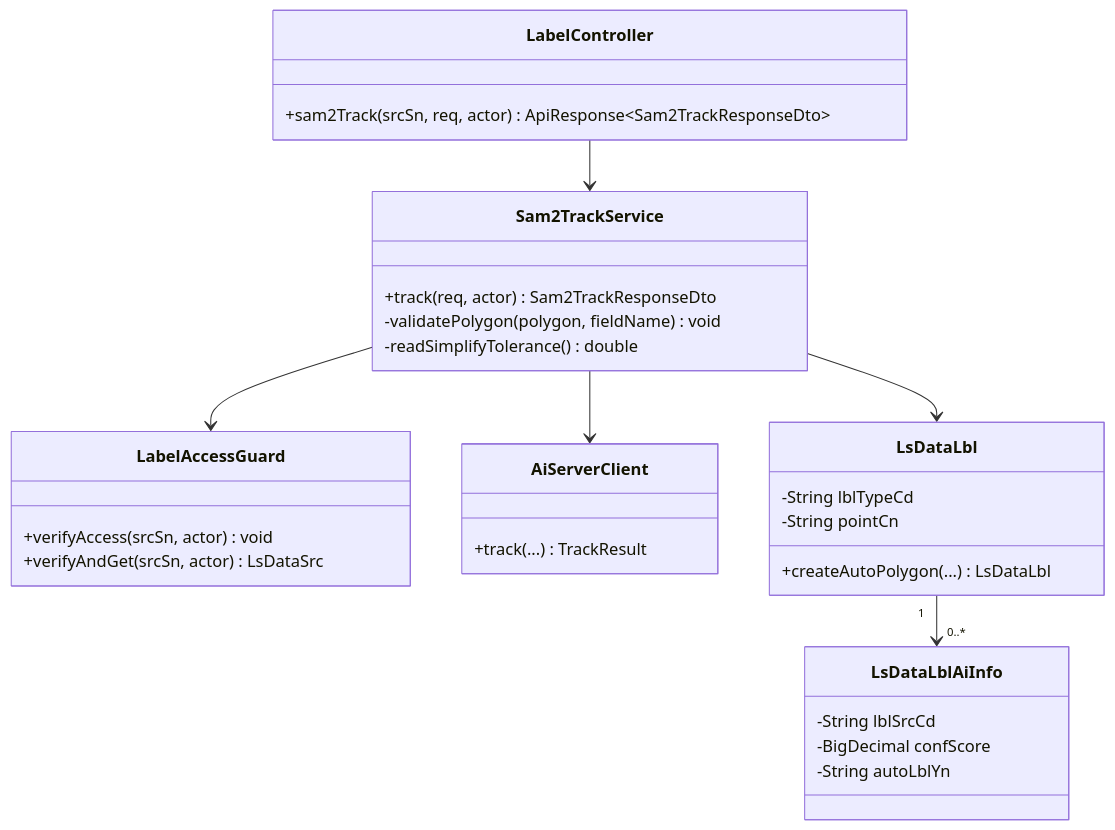
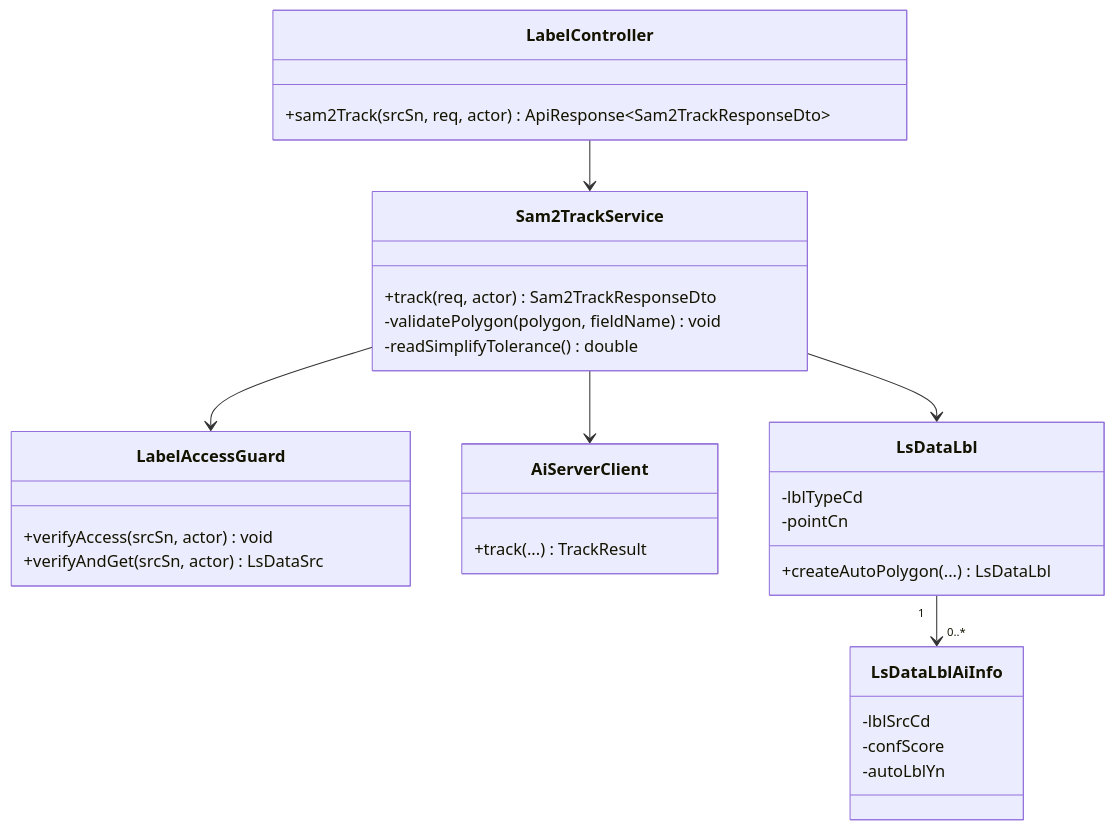
Before and after one commit to New-stella/klid-label: diagram 17 of 26 in docs/design/D1-클래스설계서.md, drawn with Mermaid. The commit also changed other lines of this file and 32 other files, not shown here.

````diff
--- a/docs/design/D1-클래스설계서.md
+++ b/docs/design/D1-클래스설계서.md
@@ -857,33 +832,33 @@
 ```mermaid
 classDiagram
     class LabelController {
         +sam2Track(srcSn, req, actor) ApiResponse~Sam2TrackResponseDto~
     }
     class Sam2TrackService {
         +track(req, actor) Sam2TrackResponseDto
         -validatePolygon(polygon, fieldName) void
         -readSimplifyTolerance() double
     }
     class LabelAccessGuard {
         +verifyAccess(srcSn, actor) void
         +verifyAndGet(srcSn, actor) LsDataSrc
     }
     class AiServerClient {
         +track(...) TrackResult
     }
     class LsDataLbl {
-        -String lblTypeCd
-        -String pointCn
+        -lblTypeCd
+        -pointCn
         +createAutoPolygon(...) LsDataLbl
     }
     class LsDataLblAiInfo {
-        -String lblSrcCd
-        -BigDecimal confScore
-        -String autoLblYn
+        -lblSrcCd
+        -confScore
+        -autoLblYn
     }
     LabelController --> Sam2TrackService
     Sam2TrackService --> LabelAccessGuard
     Sam2TrackService --> AiServerClient
     Sam2TrackService --> LsDataLbl
     LsDataLbl "1" --> "0..*" LsDataLblAiInfo
 ```
````
